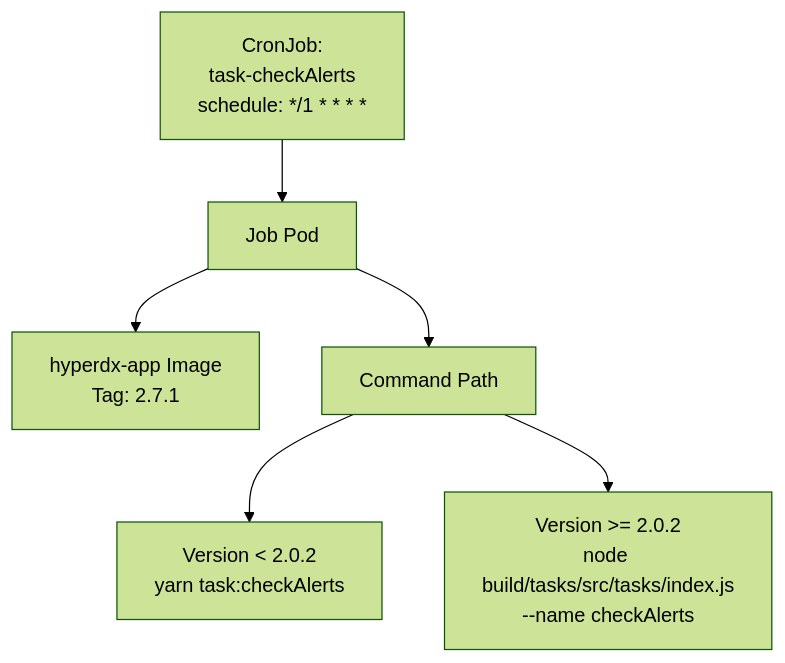
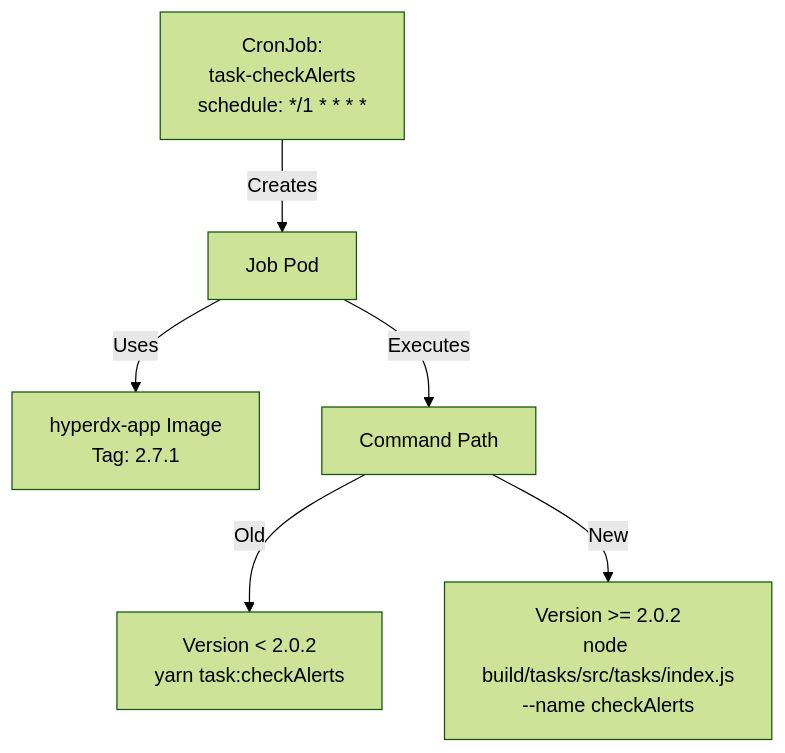
The seventh of 7 diagrams in docs/hyperdxio-helm-charts-docs/Troubleshooting.md (openchoreo/openchoreo), drawn with Mermaid (forest theme) before and after one commit. The commit also changed other lines of this file and 85 other files, not shown here.

Commit message:
feat: Add new workflow and specification templates, update Helm chart dependencies, and clarify documentation diagrams.

````diff
--- a/docs/hyperdxio-helm-charts-docs/Troubleshooting.md
+++ b/docs/hyperdxio-helm-charts-docs/Troubleshooting.md
@@ -672,16 +672,16 @@
 ```mermaid
 flowchart TD
 
 CronJob["CronJob:<br>task-checkAlerts<br>schedule: */1 * * * *"]
 Job["Job Pod"]
 AppImage["hyperdx-app Image<br>Tag: 2.7.1"]
 Command["Command Path"]
 V2["Version < 2.0.2<br>yarn task:checkAlerts"]
 V2New["Version >= 2.0.2<br>node build/tasks/src/tasks/index.js<br>--name checkAlerts"]
 
-CronJob --> Job
-Job --> AppImage
-Job --> Command
-Command --> V2
-Command --> V2New
+CronJob -->|"Creates"| Job
+Job -->|"Uses"| AppImage
+Job -->|"Executes"| Command
+Command -->|"Old"| V2
+Command -->|"New"| V2New
 ```
````
